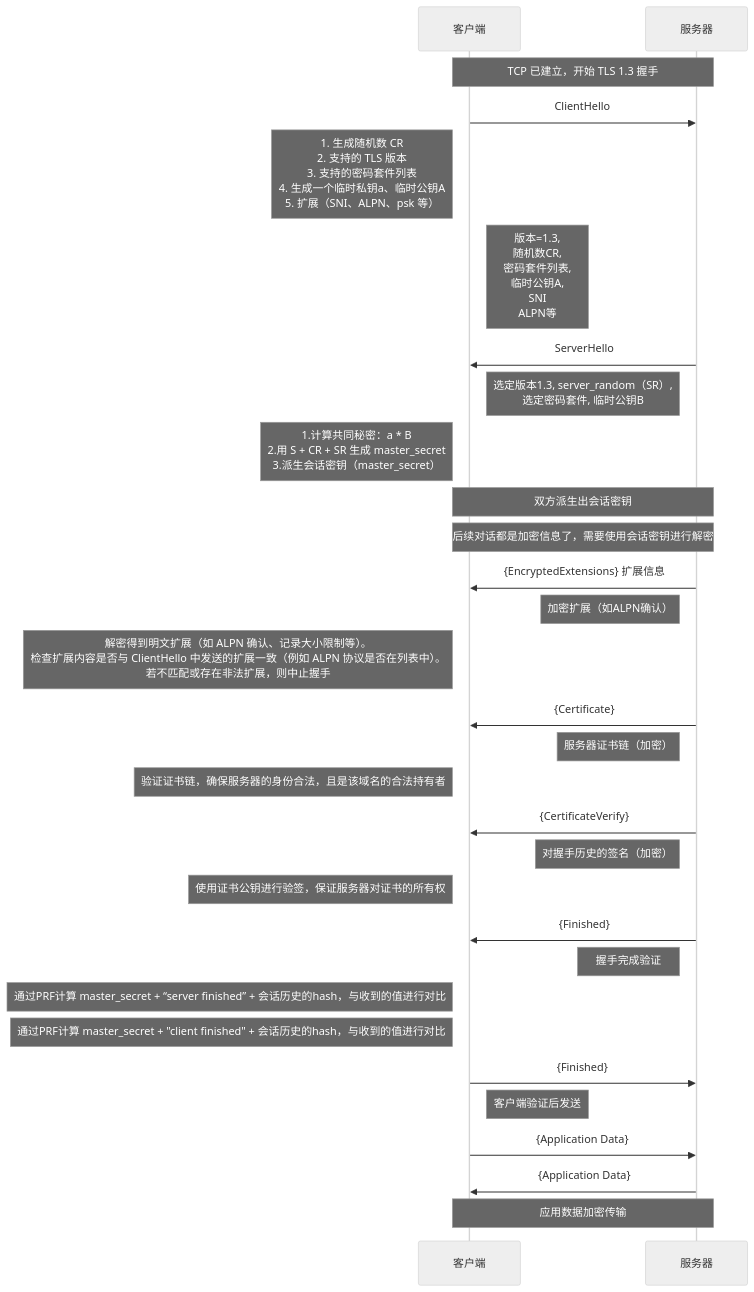
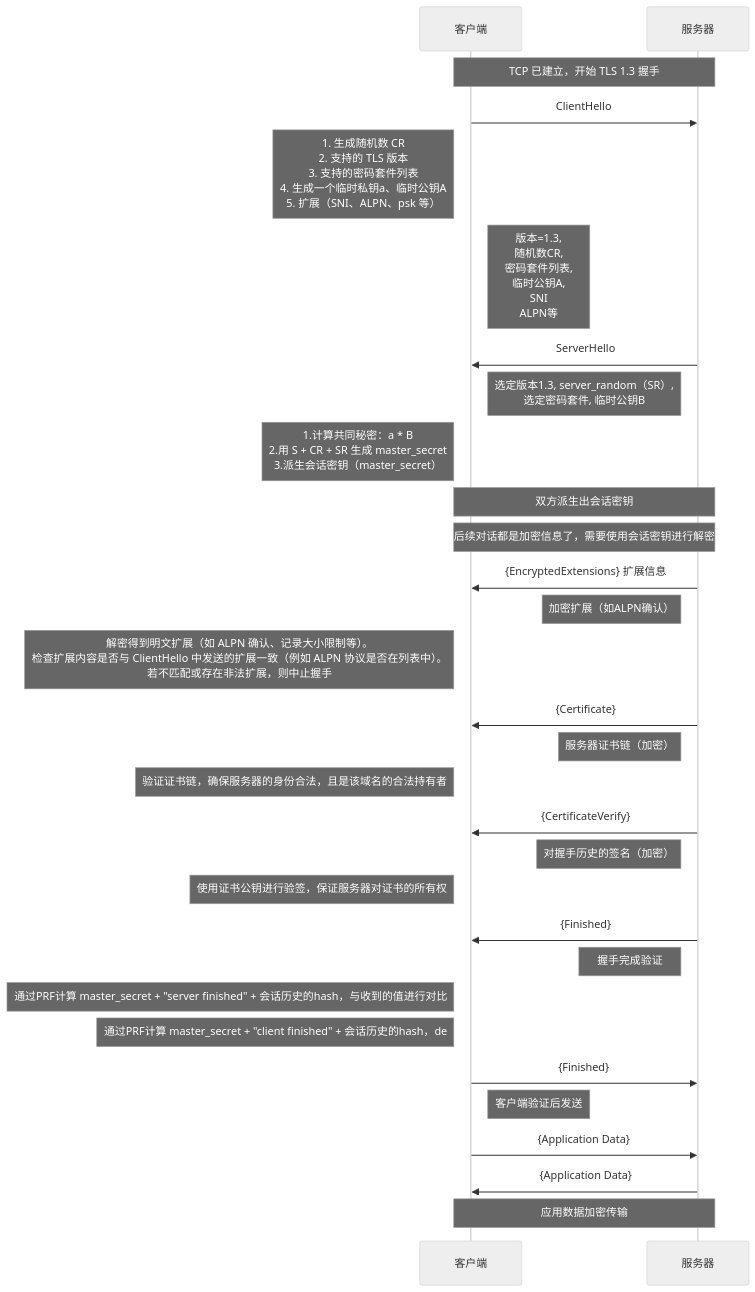
One commit to HY-10-8/iodraw-files changed the diagram in all/TLS-1.3-通用.md. Above: the diagram before and after it, drawn with Mermaid (neutral theme).

Commit message:
2026-03-30 19:03:00 update

````diff
--- a/all/TLS-1.3-通用.md
+++ b/all/TLS-1.3-通用.md
@@ -1,42 +1,42 @@
 ```mermaid
 sequenceDiagram
     participant C as 客户端
     participant S as 服务器
 
     Note over C,S: TCP 已建立，开始 TLS 1.3 握手
 
     C->>S: ClientHello
     Note left of C: 1. 生成随机数 CR<br/> 2. 支持的 TLS 版本<br/> 3. 支持的密码套件列表<br/> 4. 生成一个临时私钥a、临时公钥A<br/> 5. 扩展（SNI、ALPN、psk 等）
     Note right of C: 版本=1.3,<br/> 随机数CR,<br/> 密码套件列表,<br/> 临时公钥A,<br/> SNI<br/> ALPN等
 
     S->>C: ServerHello
     Note left of S: 选定版本1.3, server_random（SR）,<br/> 选定密码套件, 临时公钥B
     Note left of C: 1.计算共同秘密：a * B<br/> 2.用 S + CR + SR 生成 master_secret<br/> 3.派生会话密钥（master_secret）
 
     Note over C,S: 双方派生出会话密钥
     Note over C,S: 后续对话都是加密信息了，需要使用会话密钥进行解密
 
     S->>C: {EncryptedExtensions} 扩展信息
     Note left of S: 加密扩展（如ALPN确认）
     Note left of C: 解密得到明文扩展（如 ALPN 确认、记录大小限制等）。<br/>检查扩展内容是否与 ClientHello 中发送的扩展一致（例如 ALPN 协议是否在列表中）。<br/> 若不匹配或存在非法扩展，则中止握手
 
     S->>C: {Certificate}
     Note left of S: 服务器证书链（加密）
     Note left of C: 验证证书链，确保服务器的身份合法，且是该域名的合法持有者
 
     S->>C: {CertificateVerify}
     Note left of S: 对握手历史的签名（加密）
     Note left of C: 使用证书公钥进行验签，保证服务器对证书的所有权
 
     S->>C: {Finished}
     Note left of S: 握手完成验证
-    Note left of C: 通过PRF计算 master_secret + “server finished” + 会话历史的hash，与收到的值进行对比
-    Note left of C: 通过PRF计算 master_secret + "client finished" + 会话历史的hash，与收到的值进行对比
+    Note left of C: 通过PRF计算 master_secret + "server finished" + 会话历史的hash，与收到的值进行对比
+    Note left of C: 通过PRF计算 master_secret + "client finished" + 会话历史的hash，de
 
     C->>S: {Finished}
     Note right of C: 客户端验证后发送
 
     C->>S: {Application Data}
     S->>C: {Application Data}
     Note over C,S: 应用数据加密传输
 ```
````
